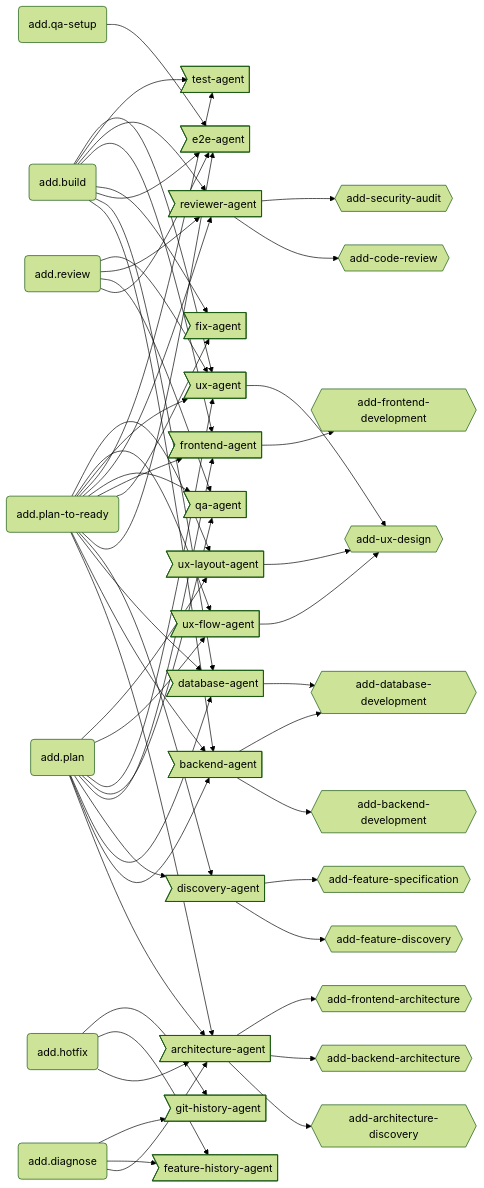
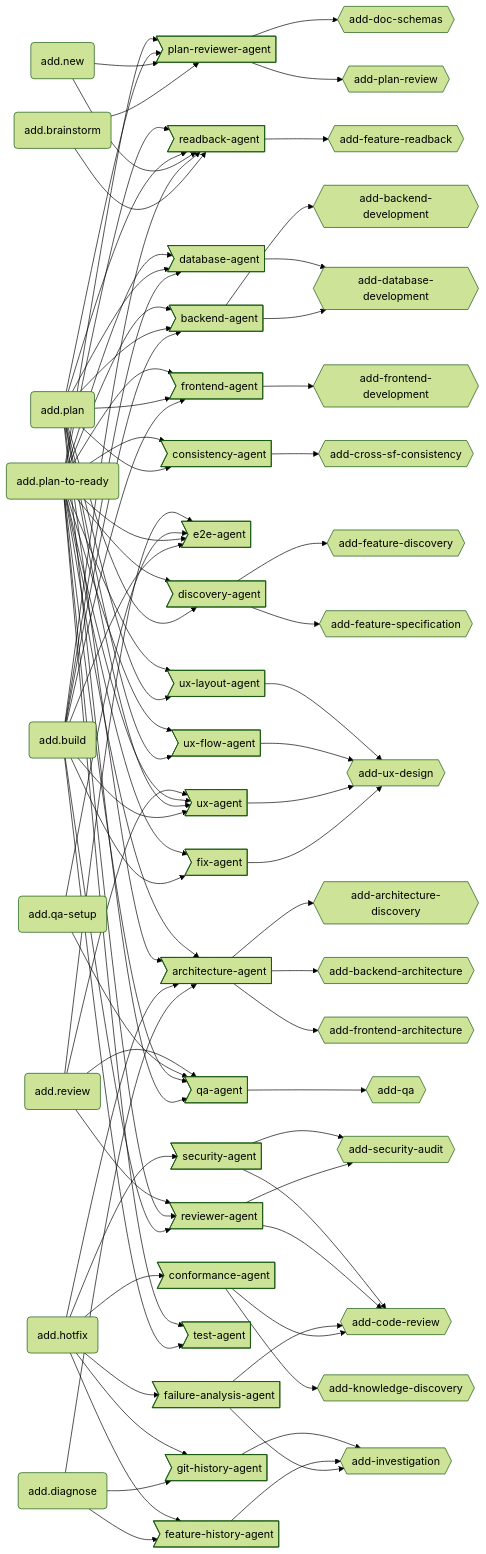
The third of 3 diagrams in ecosystem.md (brabos-ai/code-addiction), drawn with Mermaid (forest theme) before and after one commit. The commit also changed other lines of this file and 3 other files, not shown here.

````diff
--- a/ecosystem.md
+++ b/ecosystem.md
@@ -92,8 +96,10 @@
 ```mermaid
 graph LR
+  BRAINSTORM(add.brainstorm)
   BUILD(add.build)
   DIAGNOSE(add.diagnose)
   HOTFIX(add.hotfix)
+  NEW(add.new)
   PLAN(add.plan)
   PLANTOREADY(add.plan-to-ready)
   QASETUP(add.qa-setup)
@@ -101,15 +107,21 @@
 
   ARA>architecture-agent]
   BAA>backend-agent]
+  COA>conformance-agent]
+  CSA>consistency-agent]
   DAA>database-agent]
   DIA>discovery-agent]
   E2A>e2e-agent]
+  FAA>failure-analysis-agent]
   FEHIA>feature-history-agent]
   FIA>fix-agent]
   FRA>frontend-agent]
   GIHIA>git-history-agent]
+  PRA>plan-reviewer-agent]
   QAA>qa-agent]
   REA>reviewer-agent]
+  RBA>readback-agent]
+  SEA>security-agent]
   TEA>test-agent]
   UXA>ux-agent]
   UXFLA>ux-flow-agent]
@@ -119,28 +131,47 @@
   BAAR{{add-backend-architecture}}
   BADE{{add-backend-development}}
   CORE{{add-code-review}}
+  CSC{{add-cross-sf-consistency}}
   DADE{{add-database-development}}
+  DOSC{{add-doc-schemas}}
   FEDI{{add-feature-discovery}}
+  FERB{{add-feature-readback}}
   FESP{{add-feature-specification}}
   FRAR{{add-frontend-architecture}}
   FRDE{{add-frontend-development}}
+  IN{{add-investigation}}
+  KNDI{{add-knowledge-discovery}}
+  PRV{{add-plan-review}}
+  QA{{add-qa}}
   SEAU{{add-security-audit}}
   UXDE{{add-ux-design}}
 
-  BUILD --> BAA & DAA & E2A & FIA & FRA & REA & TEA & UXA
+  BRAINSTORM --> PRA & RBA
+  BUILD --> BAA & DAA & E2A & FIA & FRA & RBA & REA & TEA & UXA
   DIAGNOSE --> ARA & FEHIA & GIHIA
-  HOTFIX --> ARA & FEHIA & GIHIA
-  PLAN --> ARA & BAA & DAA & DIA & FRA & QAA & UXA & UXFLA & UXLAA
-  PLANTOREADY --> ARA & BAA & DAA & DIA & E2A & FIA & FRA & QAA & REA & TEA & UXA & UXFLA & UXLAA
-  QASETUP --> E2A
+  HOTFIX --> ARA & COA & FAA & FEHIA & GIHIA & SEA
+  NEW --> PRA & RBA
+  PLAN --> ARA & BAA & CSA & DAA & DIA & FRA & PRA & QAA & RBA & UXA & UXFLA & UXLAA
+  PLANTOREADY --> ARA & BAA & CSA & DAA & DIA & E2A & FIA & FRA & PRA & QAA & RBA & REA & TEA & UXA & UXFLA & UXLAA
+  QASETUP --> E2A & QAA
   REVIEW --> E2A & QAA & REA & UXA
 
   ARA --> ARDI & BAAR & FRAR
   BAA --> BADE & DADE
+  COA --> CORE & KNDI
+  CSA --> CSC
   DAA --> DADE
   DIA --> FEDI & FESP
+  FAA --> CORE & IN
+  FEHIA --> IN
+  FIA --> UXDE
   FRA --> FRDE
+  GIHIA --> IN
+  PRA --> DOSC & PRV
+  QAA --> QA
   REA --> CORE & SEAU
+  RBA --> FERB
+  SEA --> CORE & SEAU
   UXA --> UXDE
   UXFLA --> UXDE
   UXLAA --> UXDE
````
